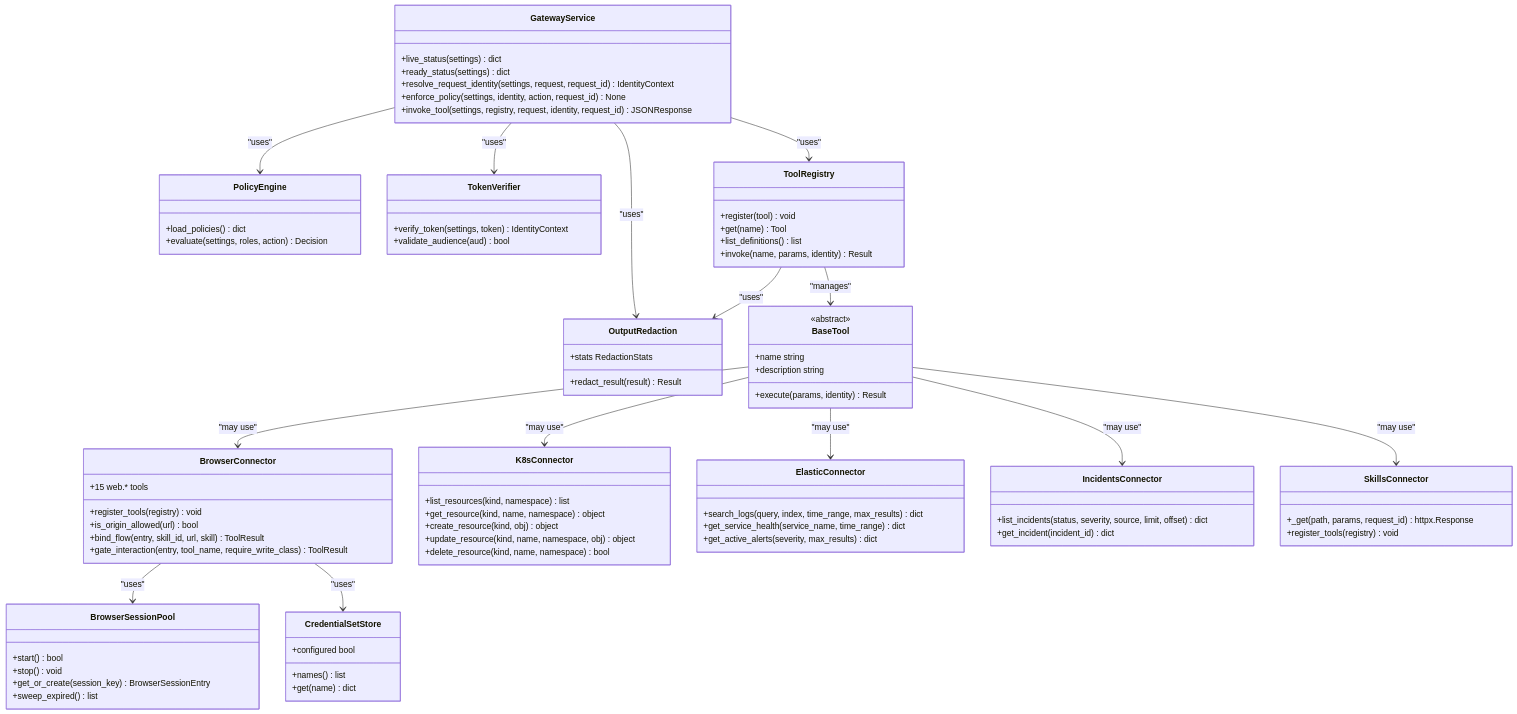
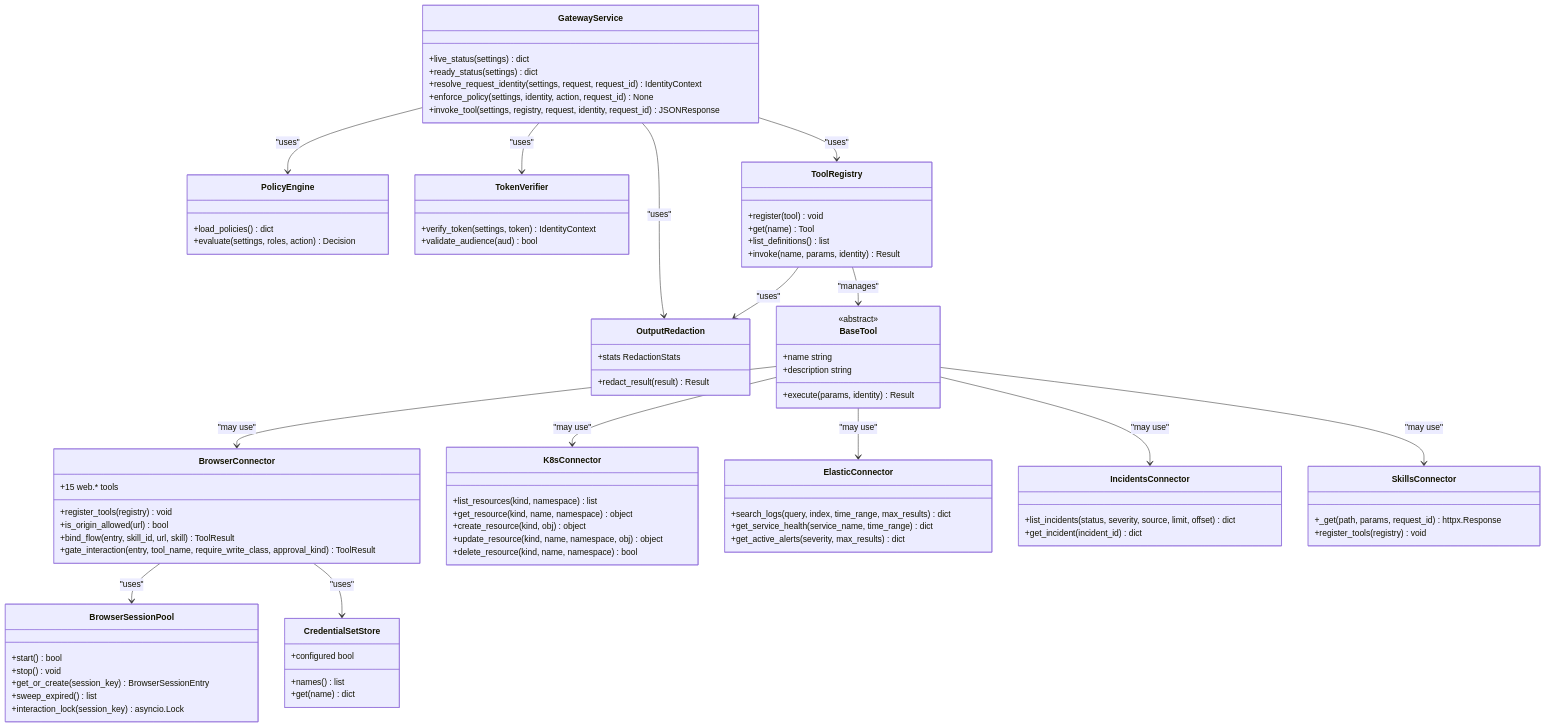
Before and after one commit to metasync/luban-aiops: the fourth of 16 diagrams in .qoder/repowiki/en/content/Tool Gateway Service/Tool Gateway Service.md, drawn with Mermaid. The commit also changed other lines of this file and 47 other files, not shown here.

```diff
--- a/.qoder/repowiki/en/content/Tool Gateway Service/Tool Gateway Service.md
+++ b/.qoder/repowiki/en/content/Tool Gateway Service/Tool Gateway Service.md
@@ -393,7 +409,7 @@
 +register_tools(registry) void
 +is_origin_allowed(url) bool
 +bind_flow(entry, skill_id, url, skill) ToolResult
-+gate_interaction(entry, tool_name, require_write_class) ToolResult
++gate_interaction(entry, tool_name, require_write_class, approval_kind) ToolResult
 +15 web.* tools
 }
 class BrowserSessionPool {
@@ -401,6 +417,7 @@
 +stop() void
 +get_or_create(session_key) BrowserSessionEntry
 +sweep_expired() list
++interaction_lock(session_key) asyncio.Lock
 }
 class CredentialSetStore {
 +configured bool
```
